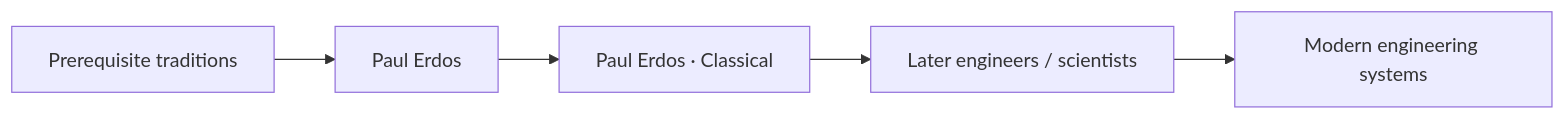
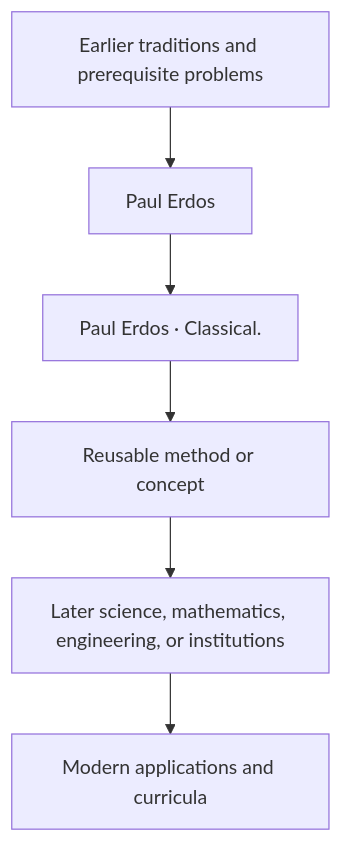
The diagram in docs/history/paul-erdos/influence.md (via-decide/ViaLogic), drawn with Mermaid before and after one commit. The commit also changed other lines of this file and 858 other files, not shown here.

````diff
--- a/docs/history/paul-erdos/influence.md
+++ b/docs/history/paul-erdos/influence.md
@@ -29,7 +16,8 @@
 ```mermaid
-graph LR
-  prerequisites["Prerequisite traditions"] --> current["Paul Erdos"]
-  current --> contribution["Paul Erdos · Classical"]
-  contribution --> successors["Later engineers / scientists"]
-  successors --> modern["Modern engineering systems"]
+graph TD
+  Prior[Earlier traditions and prerequisite problems] --> Person[Paul Erdos]
+  Person --> Contribution[Paul Erdos · Classical.]
+  Contribution --> Method[Reusable method or concept]
+  Method --> Later[Later science, mathematics, engineering, or institutions]
+  Later --> Modern[Modern applications and curricula]
 ```
````
